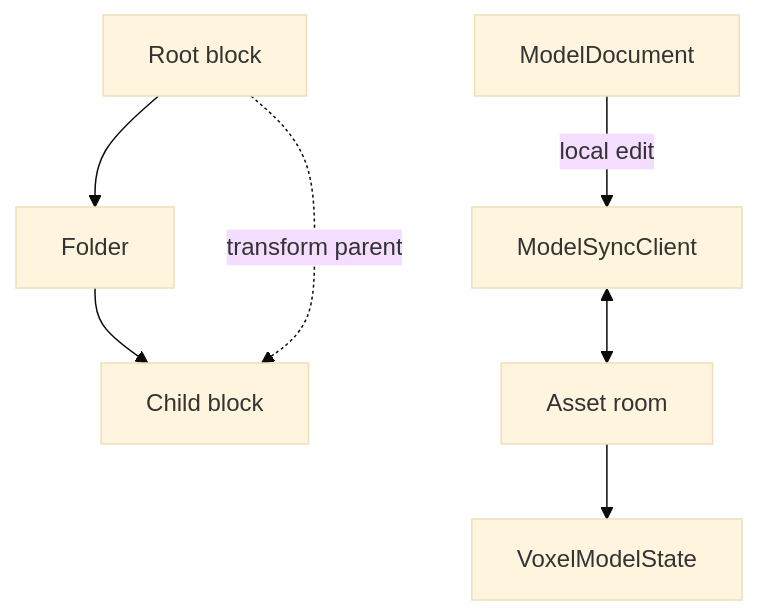
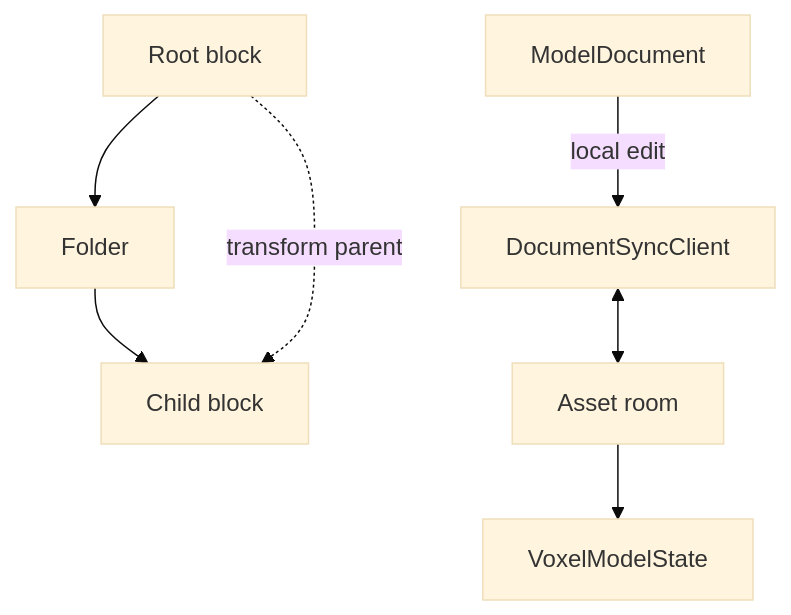
One commit to JollyPixel/editor changed the first of 2 diagrams in packages/assets/voxel-model/ARCHITECTURE.md. Above: the diagram before and after it, drawn with Mermaid (base theme). The commit also changed other lines of this file and 203 other files, not shown here.

````diff
--- a/packages/assets/voxel-model/ARCHITECTURE.md
+++ b/packages/assets/voxel-model/ARCHITECTURE.md
@@ -5,9 +5,9 @@
 ```mermaid
 flowchart TB
     Root["Root block"] --> Folder["Folder"]
     Folder --> Child["Child block"]
     Root -.->|"transform parent"| Child
-    Document["ModelDocument"] -->|"local edit"| Sync["ModelSyncClient"]
+    Document["ModelDocument"] -->|"local edit"| Sync["DocumentSyncClient"]
     Sync <--> Room["Asset room"]
     Room --> State["VoxelModelState"]
 ```
````
